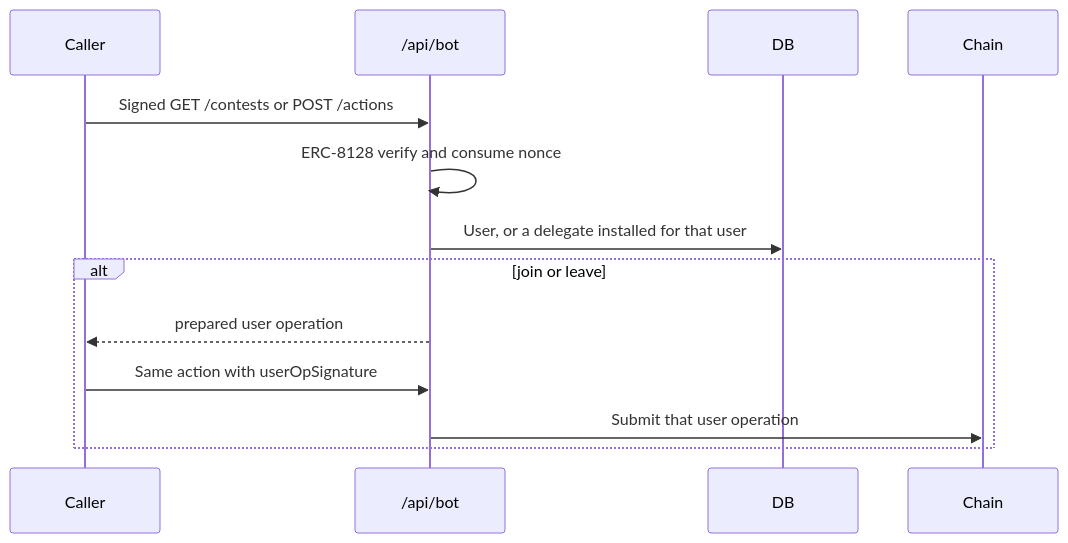
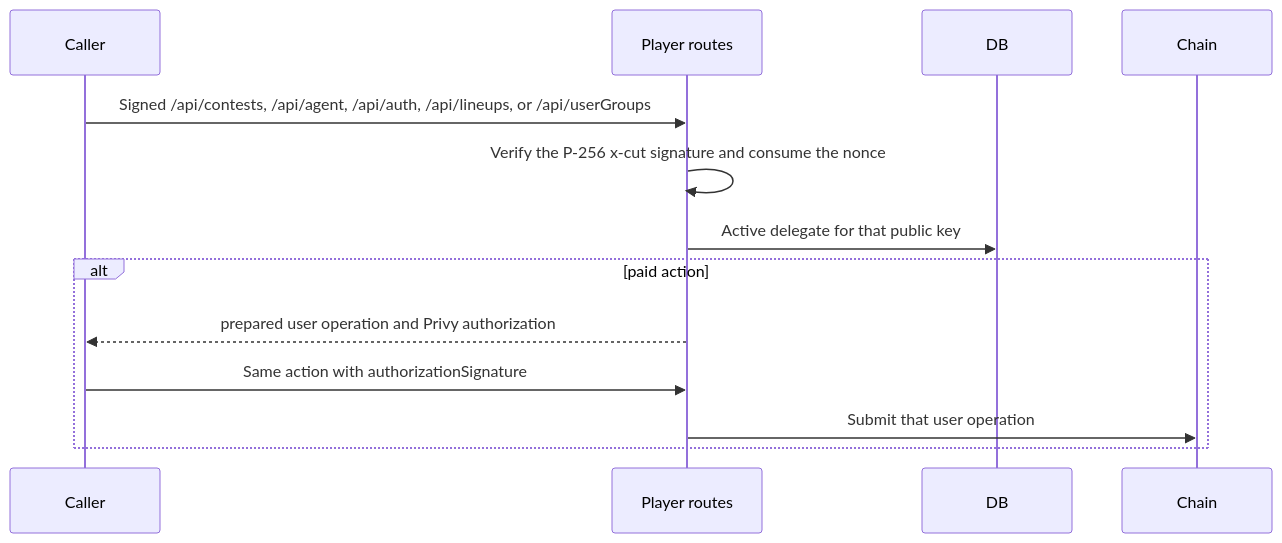
The third of 7 diagrams in spec/cross-layer.md (MagRelo/cut), drawn with Mermaid before and after one commit. The commit also changed other lines of this file and 112 other files, not shown here.

````diff
--- a/spec/cross-layer.md
+++ b/spec/cross-layer.md
@@ -82,16 +82,16 @@
 ```mermaid
 sequenceDiagram
   participant Caller
-  participant API as /api/bot
+  participant API as Player routes
   participant DB
   participant Chain
 
-  Caller->>API: Signed GET /contests or POST /actions
-  API->>API: ERC-8128 verify and consume nonce
-  API->>DB: User, or a delegate installed for that user
-  alt join or leave
-    API-->>Caller: prepared user operation
-    Caller->>API: Same action with userOpSignature
+  Caller->>API: Signed /api/contests, /api/agent, /api/auth, /api/lineups, or /api/userGroups
+  API->>API: Verify the P-256 x-cut signature and consume the nonce
+  API->>DB: Active delegate for that public key
+  alt paid action
+    API-->>Caller: prepared user operation and Privy authorization
+    Caller->>API: Same action with authorizationSignature
     API->>Chain: Submit that user operation
   end
 ```
````
